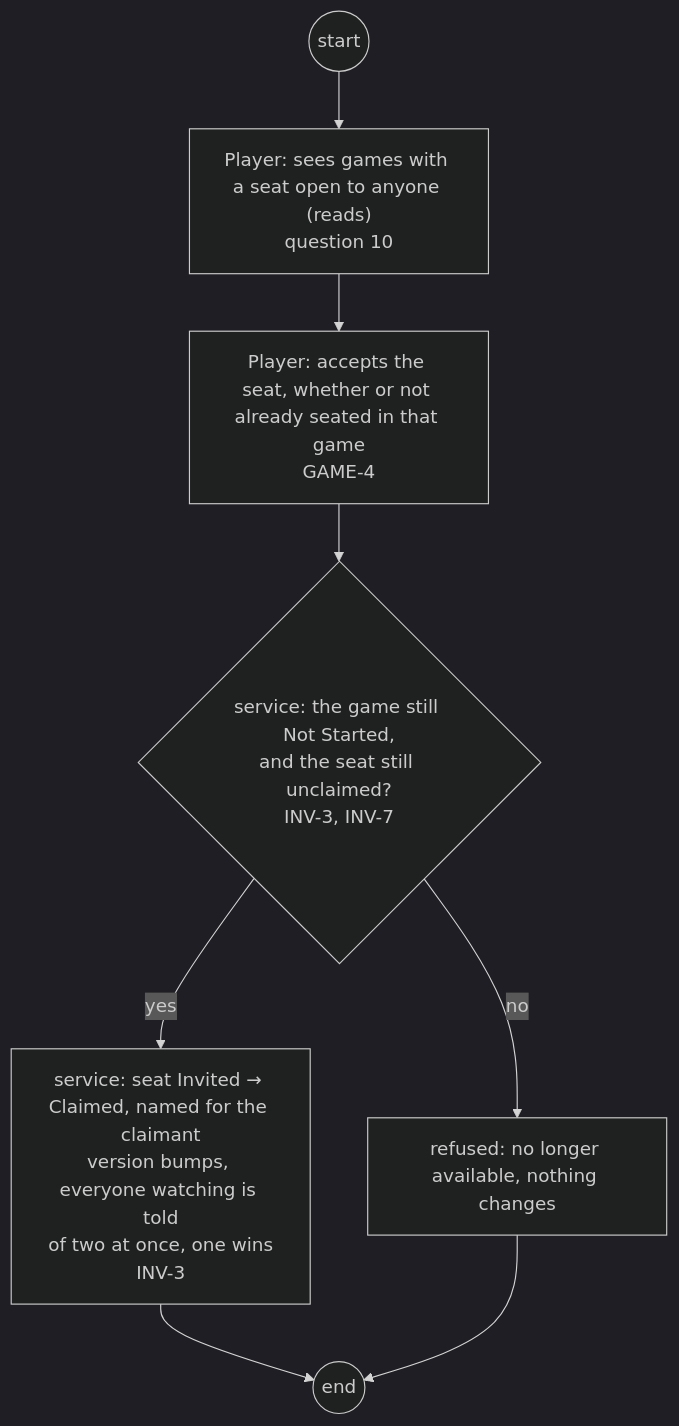
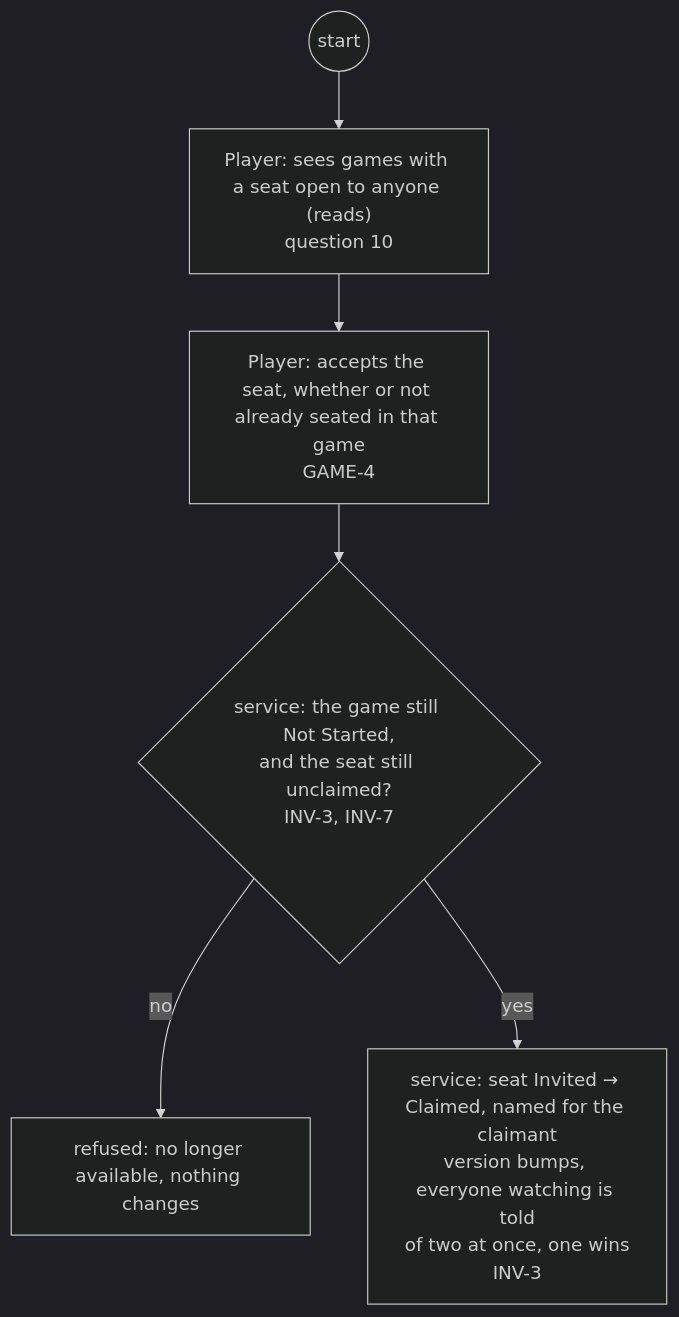
Before and after one commit to delphside/programme: diagram 12 of 29 in docs/changes/workstreams/application-game-architecture/71-one-game-model/71-functional.md, drawn with Mermaid (dark theme). The commit also changed other lines of this file, not shown here.

First line of the commit message:
app 0.9.2 api 2.16: 71: activity diagrams drop their explicit end nodes

````diff
--- a/docs/changes/workstreams/application-game-architecture/71-one-game-model/71-functional.md
+++ b/docs/changes/workstreams/application-game-architecture/71-one-game-model/71-functional.md
@@ -272,10 +242,8 @@
 ```mermaid
 flowchart TD
   s0((start)) --> p1["Player: sees games with a seat open to anyone (reads)<br/>question 10"]
   p1 --> p2["Player: accepts the seat, whether or not already seated in that game<br/>GAME-4"]
   p2 --> v1{"service: the game still Not Started,<br/>and the seat still unclaimed?<br/>INV-3, INV-7"}
   v1 -- no --> r1["refused: no longer available, nothing changes"]
   v1 -- yes --> t1["service: seat Invited → Claimed, named for the claimant<br/>version bumps, everyone watching is told<br/>of two at once, one wins<br/>INV-3"]
-  t1 --> e0((end))
-  r1 --> e0
 ```
````
